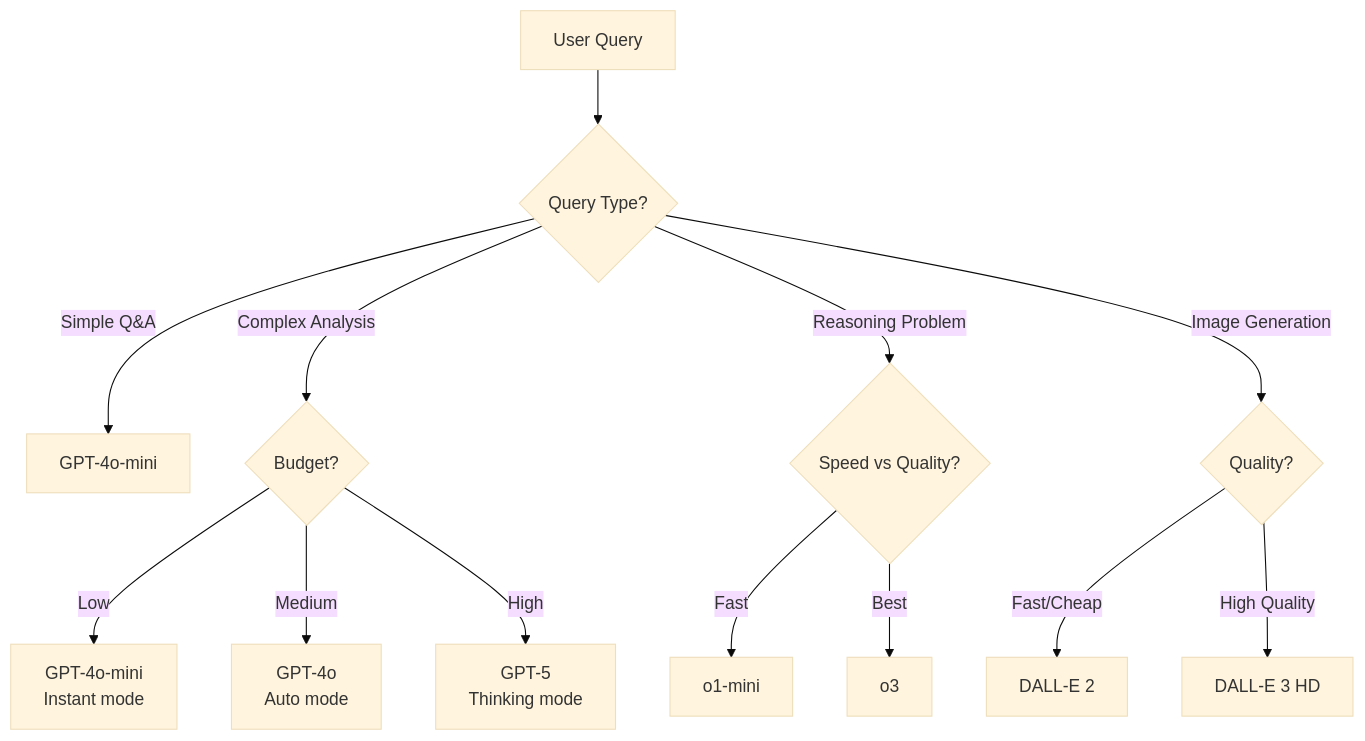
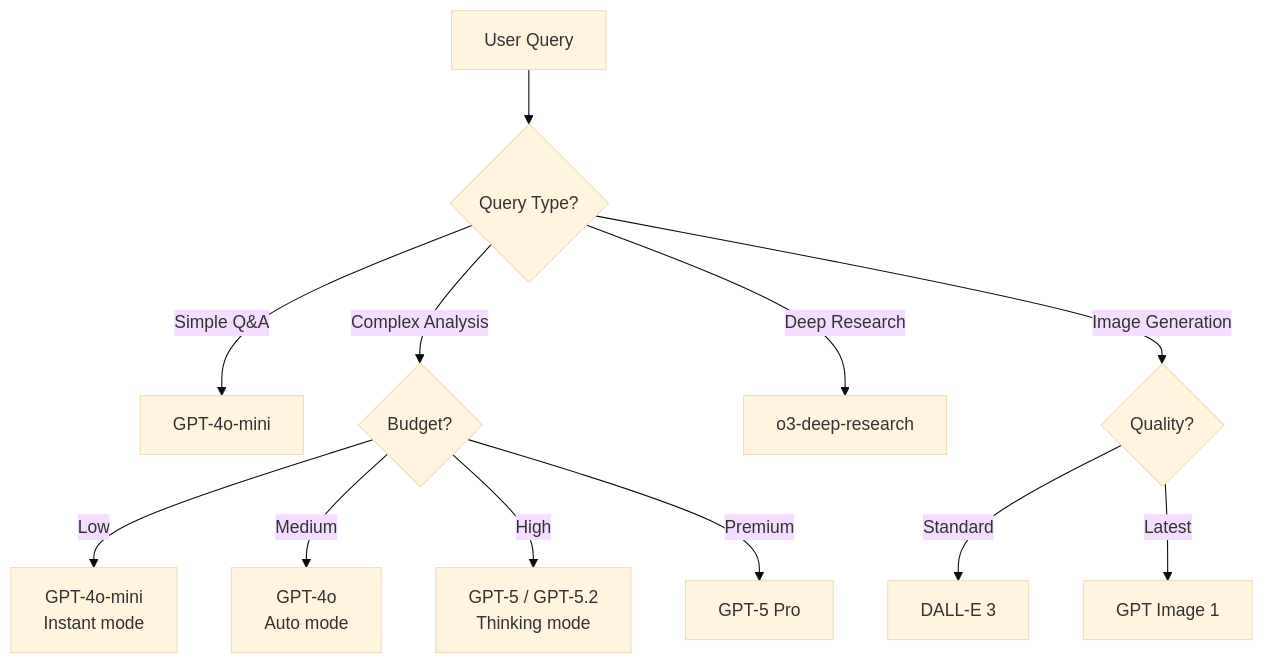
Before and after one commit to A4R5H1L/ai-platform-case-study: the second of 2 diagrams in diagrams/model-catalog-viz.md, drawn with Mermaid (base theme). The commit also changed other lines of this file and 14 other files, not shown here.

Commit message:
Update docs to reflect pilot production state and latest RoboAI architecture

````diff
--- a/diagrams/model-catalog-viz.md
+++ b/diagrams/model-catalog-viz.md
@@ -40,19 +35,17 @@
 ```mermaid
 graph TD
     Start[User Query] --> Type{Query Type?}
     
     Type -->|Simple Q&A| Simple[GPT-4o-mini]
     Type -->|Complex Analysis| Complex{Budget?}
-    Type -->|Reasoning Problem| Reason{Speed vs Quality?}
+    Type -->|Deep Research| DR[o3-deep-research]
     Type -->|Image Generation| Image{Quality?}
     
     Complex -->|Low| 4om[GPT-4o-mini<br/>Instant mode]
     Complex -->|Medium| 4o[GPT-4o<br/>Auto mode]
-    Complex -->|High| g5[GPT-5<br/>Thinking mode]
+    Complex -->|High| g5[GPT-5 / GPT-5.2<br/>Thinking mode]
+    Complex -->|Premium| g5p[GPT-5 Pro]
     
-    Reason -->|Fast| o1m[o1-mini]
-    Reason -->|Best| o3[o3]
-    
-    Image -->|Fast/Cheap| d2[DALL-E 2]
-    Image -->|High Quality| d3[DALL-E 3 HD]
+    Image -->|Standard| d3[DALL-E 3]
+    Image -->|Latest| gi[GPT Image 1]
 ```
````
